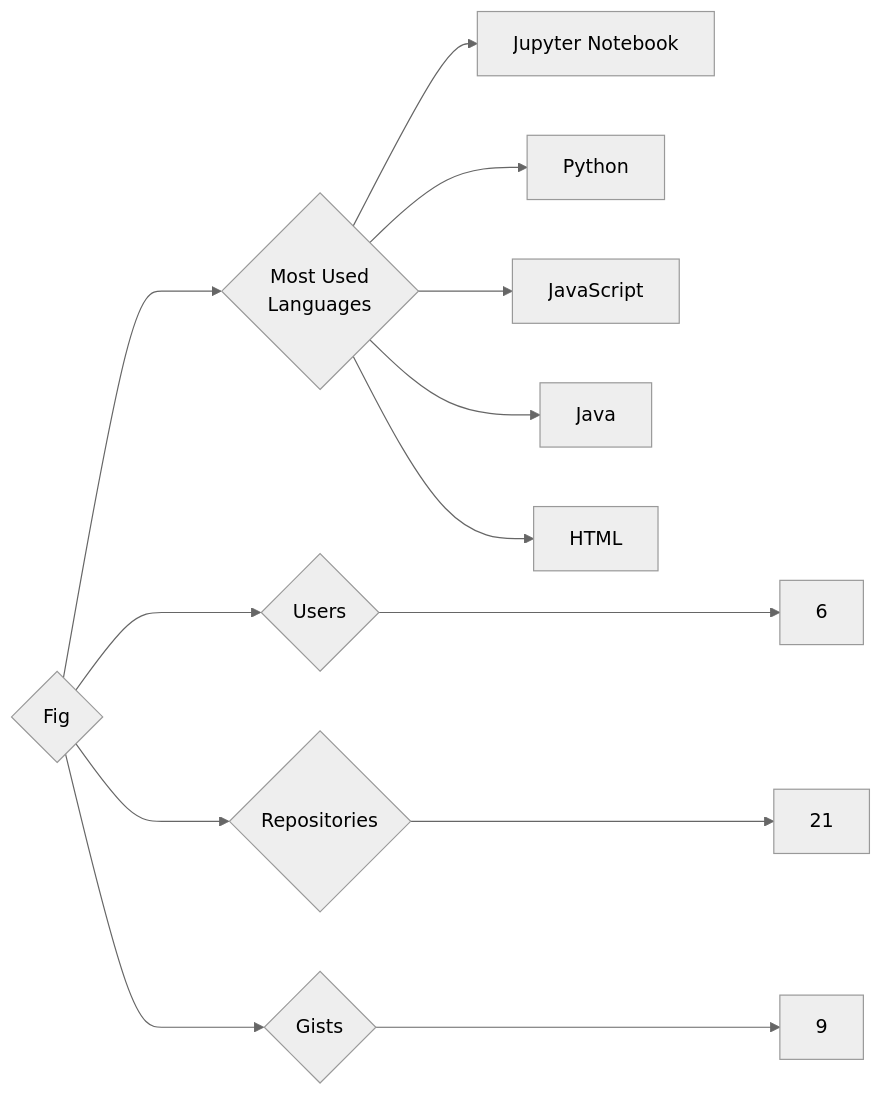
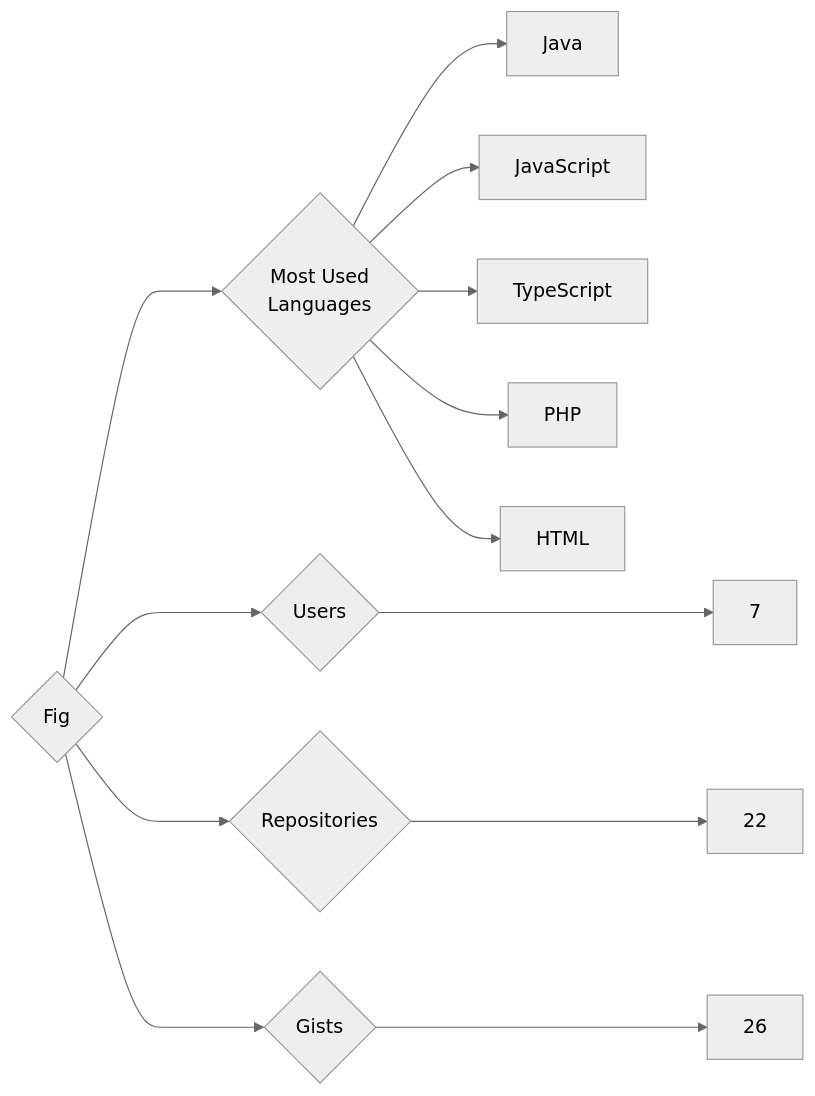
The diagram in targets/Fig/README.md (trickest/insiders), drawn with Mermaid (neutral theme) before and after one commit. The commit also changed 938 other files, not shown here.

````diff
--- a/targets/Fig/README.md
+++ b/targets/Fig/README.md
@@ -3,13 +3,13 @@
 ```mermaid
 graph LR
 COMPANY_NAME{Fig}
-COMPANY_NAME ---> U{Users} ---> UN[6]
-COMPANY_NAME ---> R{Repositories} ---> RN[21]
-COMPANY_NAME ---> G{Gists} ---> GN[9]
+COMPANY_NAME ---> U{Users} ---> UN[7]
+COMPANY_NAME ---> R{Repositories} ---> RN[22]
+COMPANY_NAME ---> G{Gists} ---> GN[26]
 COMPANY_NAME ---> ML{Most Used<br>Languages}
-ML --> Jupyter_Notebook[Jupyter Notebook]
-ML --> Python[Python]
+ML --> Java[Java]
 ML --> JavaScript[JavaScript]
-ML --> Java[Java]
+ML --> TypeScript[TypeScript]
+ML --> PHP[PHP]
 ML --> HTML[HTML]
 ```
````
